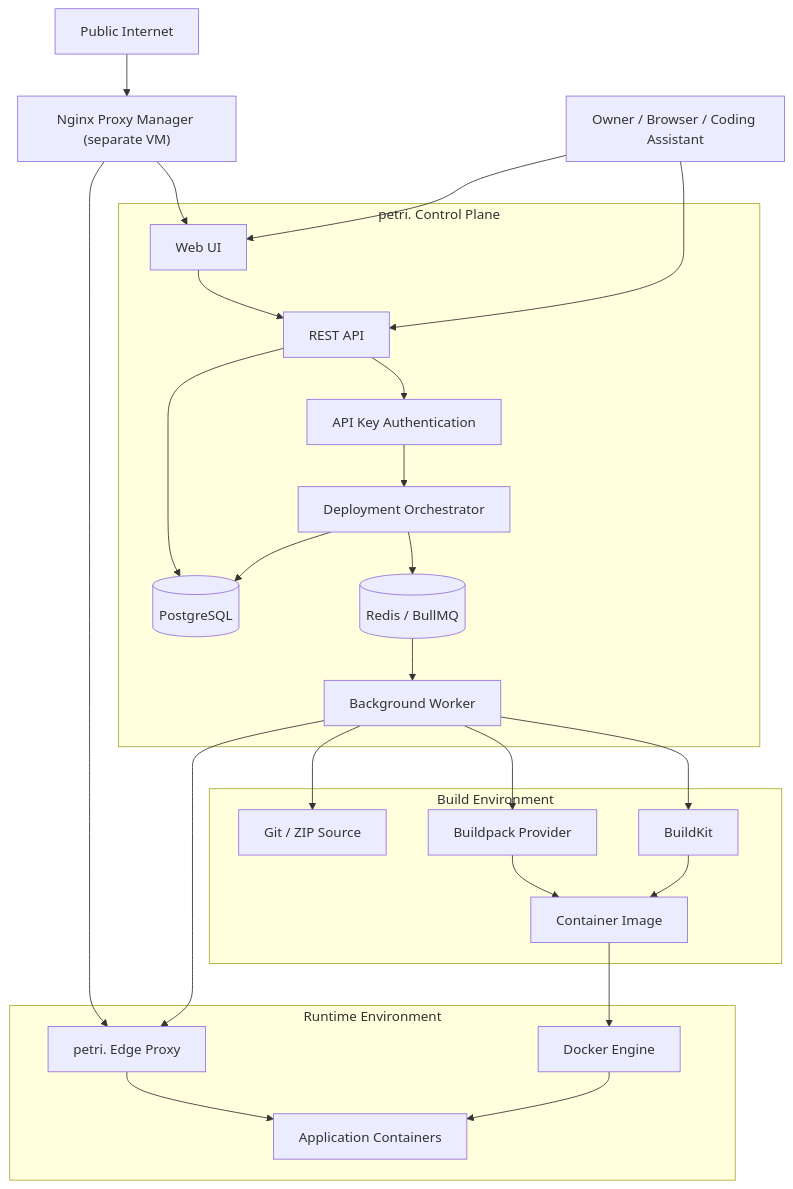
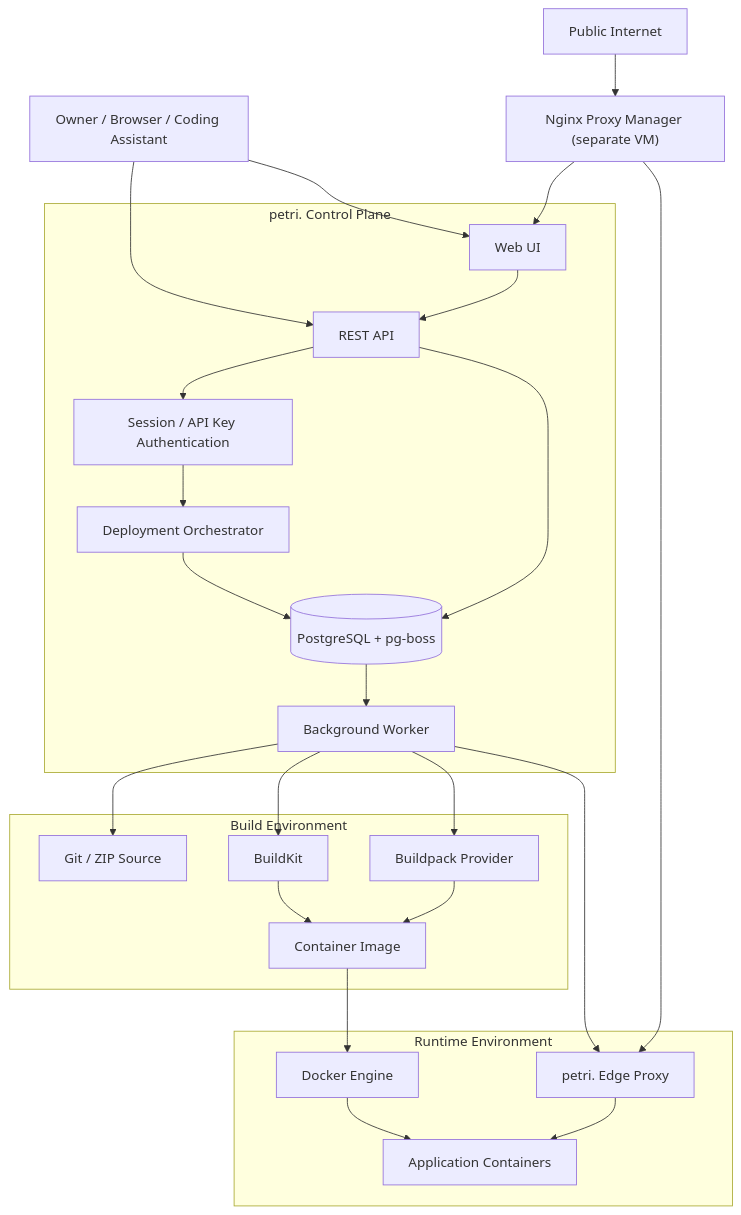
Before and after one commit to olafrose/petri-paas: the diagram in docs/architecture.md, drawn with Mermaid. The commit also changed other lines of this file and 2 other files, not shown here.

````diff
--- a/docs/architecture.md
+++ b/docs/architecture.md
@@ -156,52 +156,50 @@
 ``` mermaid
 flowchart TB
     User["Owner / Browser / Coding Assistant"]
 
     subgraph Petri["petri. Control Plane"]
         Web["Web UI"]
         API["REST API"]
-        Auth["API Key Authentication"]
+        Auth["Session / API Key Authentication"]
         Orchestrator["Deployment Orchestrator"]
         Worker["Background Worker"]
-        DB[("PostgreSQL")]
-        Redis[("Redis / BullMQ")]
+        DB[("PostgreSQL + pg-boss")]
     end
 
     subgraph Build["Build Environment"]
         Source["Git / ZIP Source"]
         BuildKit["BuildKit"]
         Buildpacks["Buildpack Provider"]
         Image["Container Image"]
     end
 
     subgraph Runtime["Runtime Environment"]
         Edge["petri. Edge Proxy"]
         Docker["Docker Engine"]
         Containers["Application Containers"]
     end
 
     NPM["Nginx Proxy Manager (separate VM)"]
     Internet["Public Internet"]
 
     User --> Web
     User --> API
     Web --> API
     API --> Auth
     Auth --> Orchestrator
     Orchestrator --> DB
-    Orchestrator --> Redis
-    Redis --> Worker
+    DB --> Worker
     Worker --> Source
     Worker --> BuildKit
     Worker --> Buildpacks
     BuildKit --> Image
     Buildpacks --> Image
     Image --> Docker
     Docker --> Containers
     Worker --> Edge
     NPM --> Web
     NPM --> Edge
     Edge --> Containers
     Internet --> NPM
     API --> DB
 ```
````
